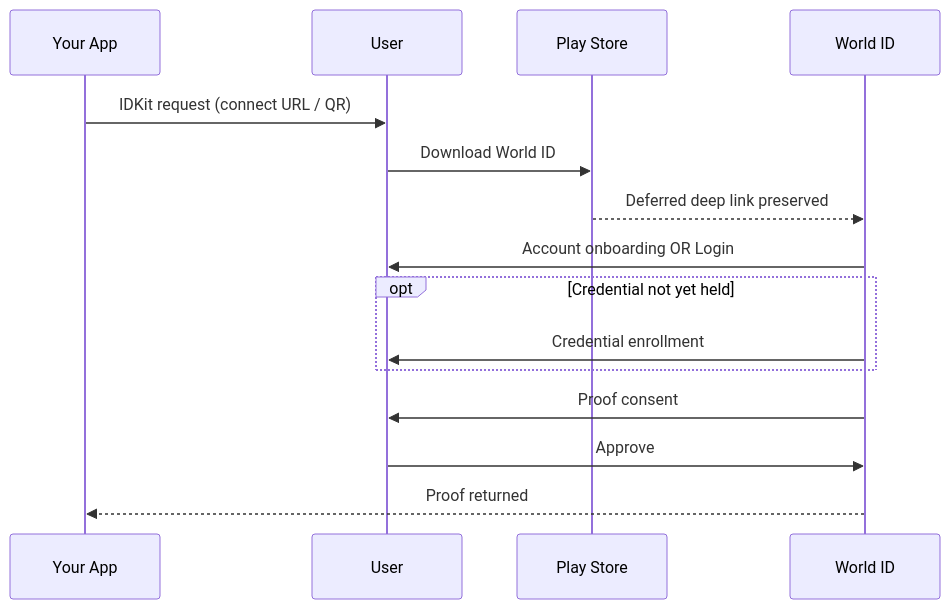
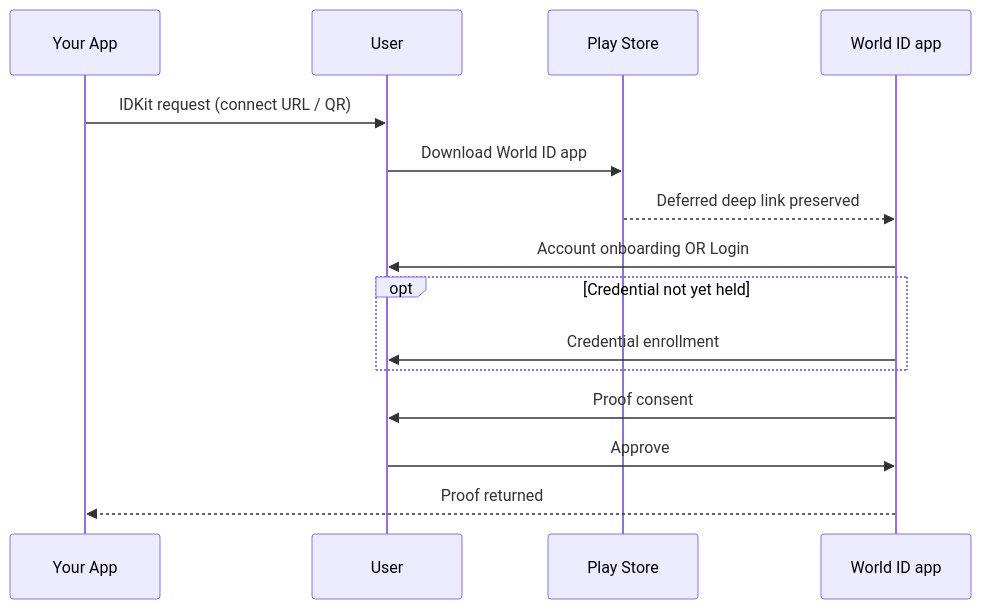
Before and after one commit to worldcoin/developer-docs: the first of 3 diagrams in world-id/idkit/verification-flows.mdx, drawn with Mermaid. The commit also changed other lines of this file and 48 other files, not shown here.

````diff
--- a/world-id/idkit/verification-flows.mdx
+++ b/world-id/idkit/verification-flows.mdx
@@ -28,19 +28,19 @@
 ```mermaid
 sequenceDiagram
     participant App as Your App
     participant User
     participant Play as Play Store
-    participant WA as World ID
+    participant WA as World ID app
 
     App->>User: IDKit request (connect URL / QR)
-    User->>Play: Download World ID
+    User->>Play: Download World ID app
     Play-->>WA: Deferred deep link preserved
 
     WA->>User: Account onboarding OR Login
     opt Credential not yet held
       WA->>User: Credential enrollment
     end
     WA->>User: Proof consent
     User->>WA: Approve
     WA-->>App: Proof returned
 ```
````
